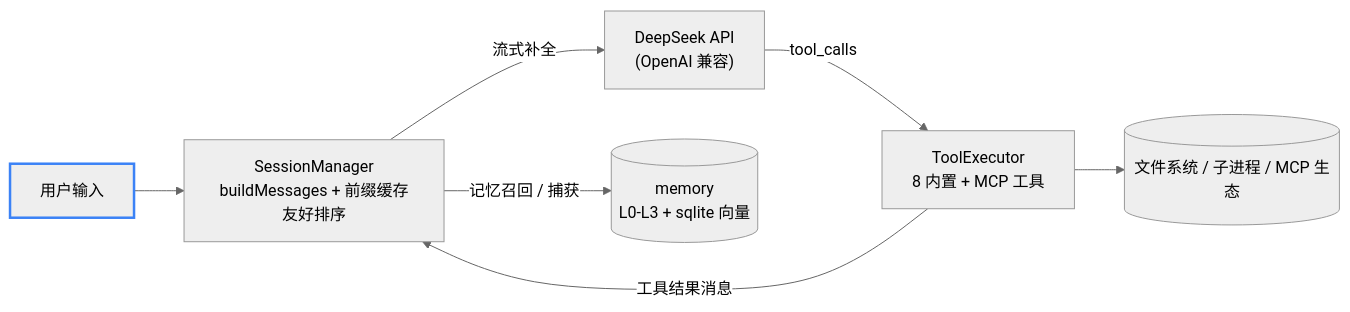
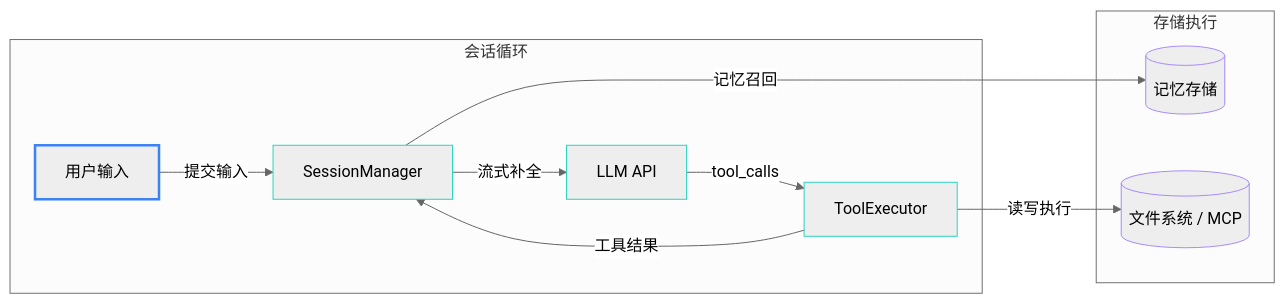
One commit to d2rabbit/deepOrca changed the second of 3 diagrams in .deeporca/prototypes/arch-deeporca.md. Above: the diagram before and after it, drawn with Mermaid (neutral theme). The commit also changed other lines of this file and 139 other files, not shown here.

First line of the commit message:
feat(desktop,core): 架构图 Archify 化 + 知识索引可靠性与辅助模型继承修复

````diff
--- a/.deeporca/prototypes/arch-deeporca.md
+++ b/.deeporca/prototypes/arch-deeporca.md
@@ -33,12 +55,32 @@
 ```mermaid
 flowchart LR
-  U["用户输入"] --> SM["SessionManager<br/>buildMessages + 前缀缓存友好排序"]
-  SM -->|"流式补全"| LLM["DeepSeek API<br/>(OpenAI 兼容)"]
-  LLM -->|"tool_calls"| TE["ToolExecutor<br/>8 内置 + MCP 工具"]
-  TE -->|"工具结果消息"| SM
-  SM -->|"记忆召回 / 捕获"| MEM[("memory<br/>L0-L3 + sqlite 向量")]
-  TE --> FS[("文件系统 / 子进程 / MCP 生态")]
+  subgraph RuntimeLoop["会话循环"]
+    U["用户输入"]
+    SM["SessionManager"]
+    LLM["LLM API"]
+    TE["ToolExecutor"]
+  end
+  subgraph SideEffects["存储执行"]
+    MEM[("记忆存储")]
+    FS[("文件系统 / MCP")]
+  end
+
+  U -->|"提交输入"| SM
+  SM -->|"流式补全"| LLM
+  LLM -->|"tool_calls"| TE
+  TE -->|"工具结果"| SM
+  SM -->|"记忆召回"| MEM
+  TE -->|"读写执行"| FS
 
   classDef entry stroke:#3b82f6,stroke-width:2.5px
+  classDef frontend stroke:#22d3ee
+  classDef backend stroke:#2dd4bf
+  classDef store stroke:#a78bfa
+  classDef bus stroke:#fbbf24
+  classDef cloud stroke:#818cf8
+  classDef external stroke-dasharray: 4 3
+  classDef concern stroke:#ef4444,stroke-width:2px
   class U entry
+  class SM,LLM,TE backend
+  class MEM,FS store
 ```
````
